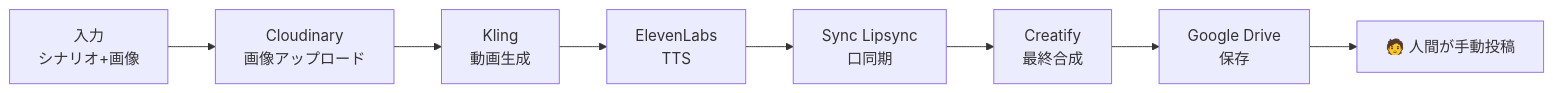
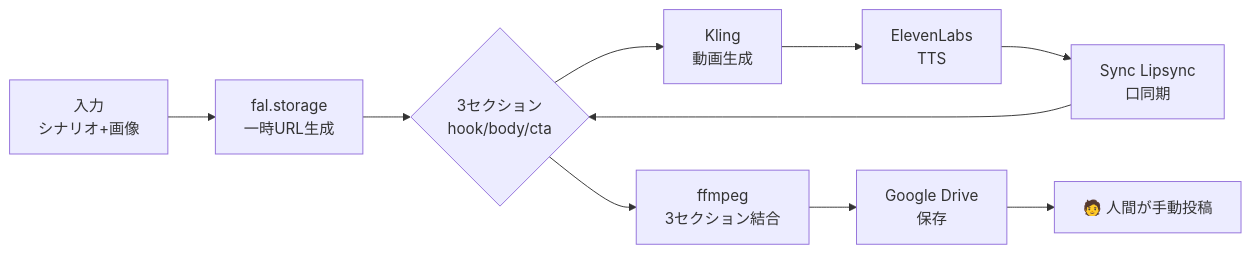
One commit to Ceed-dev/ai-influencer changed the diagram in STRATEGY.md. Above: the diagram before and after it, drawn with Mermaid. The commit also changed other lines of this file and 19 other files, not shown here.

First line of the commit message:
Phase 0: 3-section ffmpeg pipeline — Cloudinary/Creatify removal, full media rewrite

````diff
--- a/STRATEGY.md
+++ b/STRATEGY.md
@@ -265,10 +267,12 @@
 ```mermaid
 graph LR
-    A[入力<br/>シナリオ+画像] --> B[Cloudinary<br/>画像アップロード]
-    B --> C[Kling<br/>動画生成]
-    C --> D[ElevenLabs<br/>TTS]
-    D --> E[Sync Lipsync<br/>口同期]
-    E --> F[Creatify<br/>最終合成]
-    F --> G[Google Drive<br/>保存]
-    G --> H[🧑 人間が手動投稿]
+    A[入力<br/>シナリオ+画像] --> B[fal.storage<br/>一時URL生成]
+    B --> C{3セクション<br/>hook/body/cta}
+    C --> D[Kling<br/>動画生成]
+    D --> E[ElevenLabs<br/>TTS]
+    E --> F[Sync Lipsync<br/>口同期]
+    F --> C
+    C --> G[ffmpeg<br/>3セクション結合]
+    G --> H[Google Drive<br/>保存]
+    H --> I[🧑 人間が手動投稿]
 ```
````
